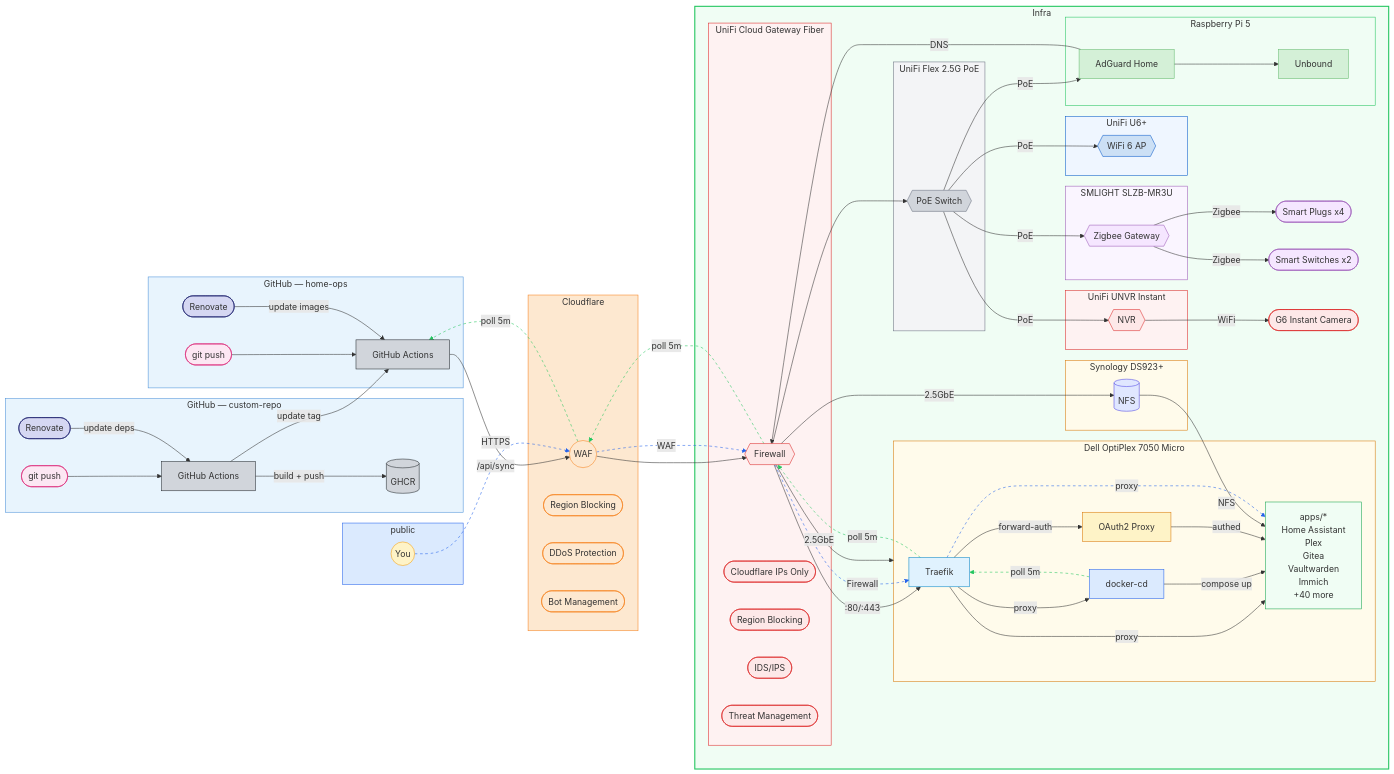
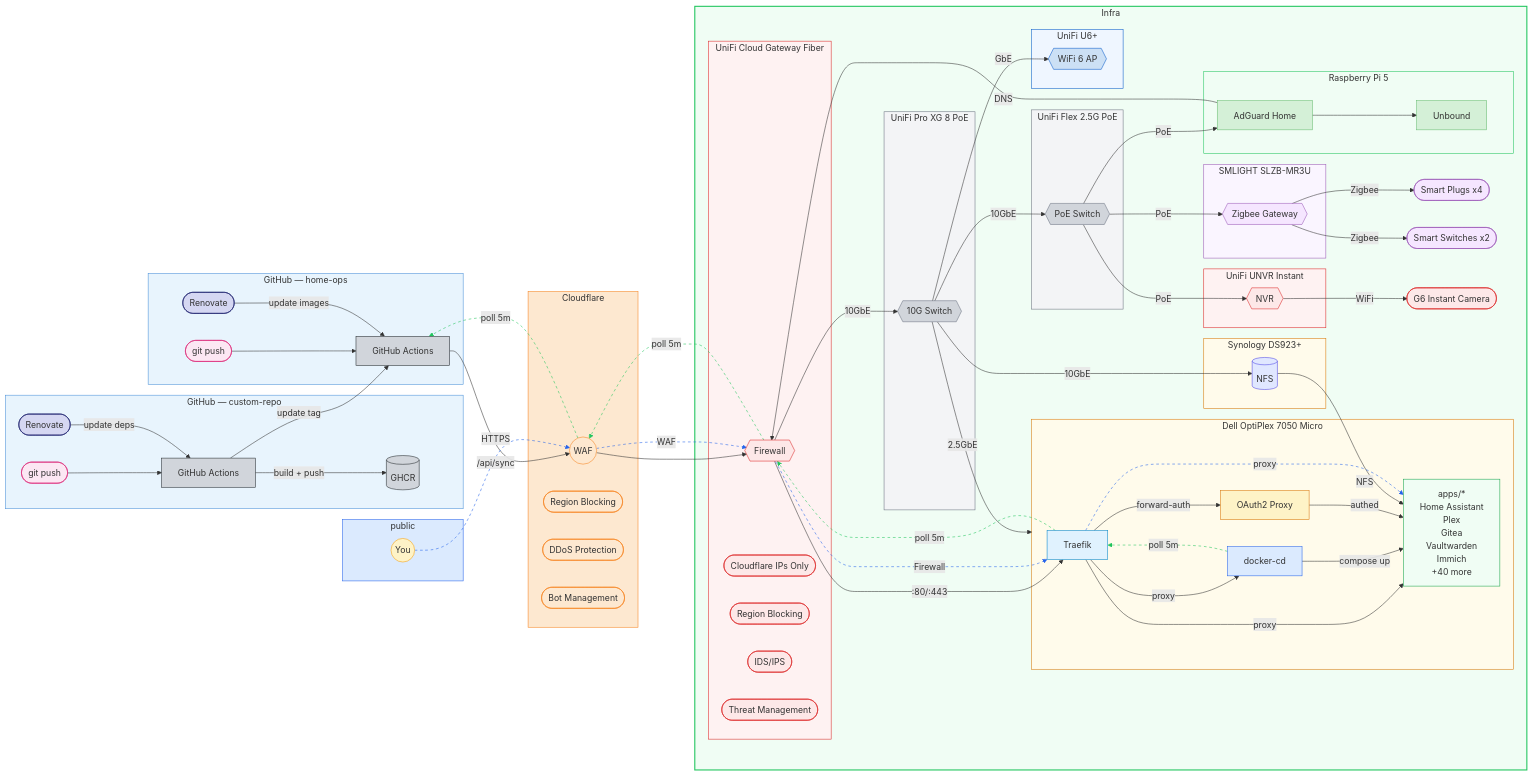
The diagram in README.md (wajeht/home-ops), drawn with Mermaid before and after one commit. The commit also changed 1 other file, not shown here.

Commit message:
fix(ntfy): update ntfy auth credentials

````diff
--- a/README.md
+++ b/README.md
@@ -81,6 +81,10 @@
         zigbee -->|Zigbee| plugs([Smart Plugs x4])
         zigbee -->|Zigbee| switches([Smart Switches x2])
 
+        subgraph uswproxg[UniFi Pro XG 8 PoE]
+            xg{{10G Switch}}
+        end
+
         subgraph uswflex[UniFi Flex 2.5G PoE]
             poe{{PoE Switch}}
         end
@@ -95,12 +99,13 @@
 
         nfs -->|NFS| apps
         adguard -->|DNS| unifi
-        unifi -->|2.5GbE| nfs
-        unifi --> poe
-        unifi -->|2.5GbE| dell
+        unifi -->|10GbE| xg
+        xg -->|10GbE| nfs
+        xg -->|2.5GbE| dell
+        xg -->|GbE| ap
+        xg -->|10GbE| poe
         poe -->|PoE| zigbee
         poe -->|PoE| adguard
-        poe -->|PoE| ap
         poe -->|PoE| nvr
         nvr -->|WiFi| camera([G6 Instant Camera])
     end
@@ -145,6 +150,8 @@
     style ucg fill:#fef2f2,stroke:#dc2626
     style pi fill:#f0fdf4,stroke:#22c55e
     style slzb fill:#faf5ff,stroke:#9b59b6
+    style uswproxg fill:#f3f4f6,stroke:#6b7280
+    style xg fill:#d1d5db,stroke:#6b7280,color:#333
     style uswflex fill:#f3f4f6,stroke:#6b7280
     style u6 fill:#eff6ff,stroke:#0559c9
     style unvr fill:#fef2f2,stroke:#dc2626
@@ -152,12 +159,12 @@
     style camera fill:#fde8e8,stroke:#dc2626,color:#333
     style plugs fill:#f5e6ff,stroke:#9b59b6,color:#333
     style switches fill:#f5e6ff,stroke:#9b59b6,color:#333
-    linkStyle 27 stroke:#22c55e,stroke-dasharray:5
     linkStyle 28 stroke:#22c55e,stroke-dasharray:5
     linkStyle 29 stroke:#22c55e,stroke-dasharray:5
     linkStyle 30 stroke:#22c55e,stroke-dasharray:5
-    linkStyle 31 stroke:#2563eb,stroke-dasharray:5
+    linkStyle 31 stroke:#22c55e,stroke-dasharray:5
     linkStyle 32 stroke:#2563eb,stroke-dasharray:5
     linkStyle 33 stroke:#2563eb,stroke-dasharray:5
     linkStyle 34 stroke:#2563eb,stroke-dasharray:5
+    linkStyle 35 stroke:#2563eb,stroke-dasharray:5
 ```
````
